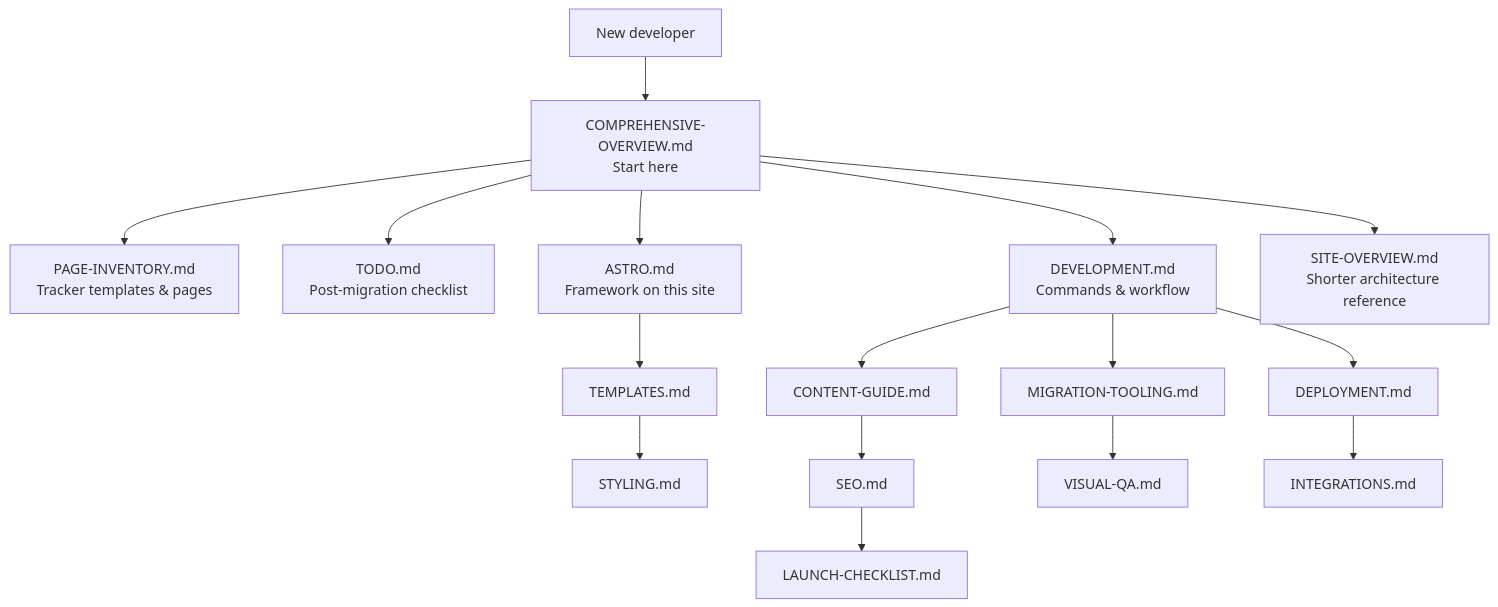
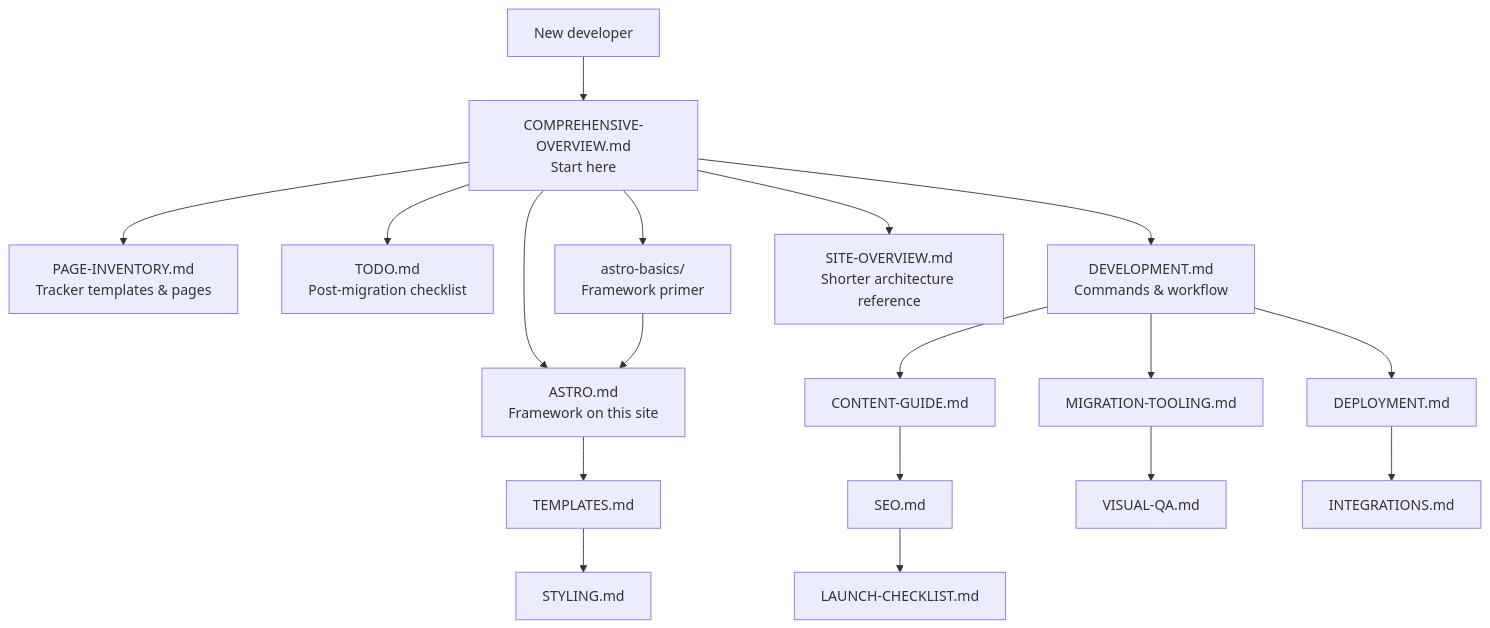
One commit to thatsrob/internal-astro-documentation changed the first of 4 diagrams in graphs/documentation-map.md. Above: the diagram before and after it, drawn with Mermaid. The commit also changed other lines of this file and 14 other files, not shown here.

Commit message:
Update internal documentation to enhance guidance on Astro framework usage, including a new section for beginners and improved navigation links to related resources.

````diff
--- a/graphs/documentation-map.md
+++ b/graphs/documentation-map.md
@@ -7,25 +7,27 @@
 ```mermaid
 flowchart TD
     START["New developer"]
     START --> CO["COMPREHENSIVE-OVERVIEW.md<br/>Start here"]
     CO --> INV["PAGE-INVENTORY.md<br/>Tracker templates & pages"]
     CO --> TODO["TODO.md<br/>Post-migration checklist"]
+    CO --> BASICS["astro-basics/<br/>Framework primer"]
     CO --> ASTRO["ASTRO.md<br/>Framework on this site"]
     CO --> DEV["DEVELOPMENT.md<br/>Commands & workflow"]
     
+    BASICS --> ASTRO
     ASTRO --> TEMPLATES["TEMPLATES.md"]
     DEV --> CONTENT["CONTENT-GUIDE.md"]
     
     TEMPLATES --> STYLING["STYLING.md"]
     CONTENT --> SEO["SEO.md"]
     
     DEV --> DEPLOY["DEPLOYMENT.md"]
     SEO --> LAUNCH["LAUNCH-CHECKLIST.md"]
     
     DEV --> MIGRATE["MIGRATION-TOOLING.md"]
     MIGRATE --> VISUAL["VISUAL-QA.md"]
     
     DEPLOY --> INTEG["INTEGRATIONS.md"]
     
     CO --> SITE["SITE-OVERVIEW.md<br/>Shorter architecture reference"]
 ```
````
